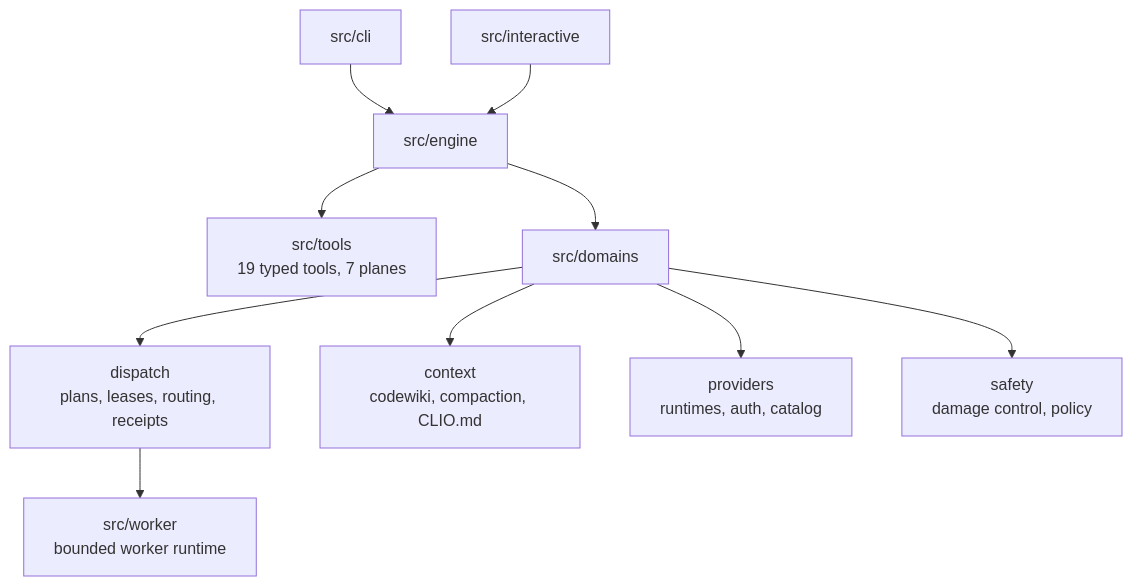
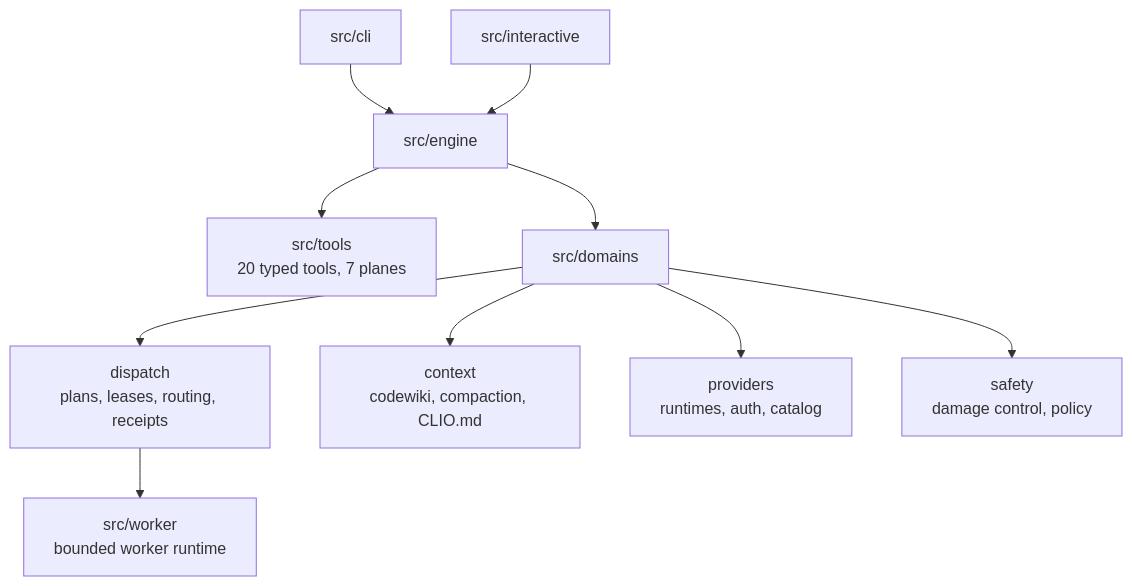
Before and after one commit to iowarp/clio-coder: the second of 2 diagrams in README.md, drawn with Mermaid. The commit also changed other lines of this file and 6 other files, not shown here.

````diff
--- a/README.md
+++ b/README.md
@@ -597,12 +606,12 @@
 ```mermaid
 flowchart TB
   CLI["src/cli"] --> ENG["src/engine"]
   TUI["src/interactive"] --> ENG
-  ENG --> TOOLS["src/tools<br/>19 typed tools, 7 planes"]
+  ENG --> TOOLS["src/tools<br/>20 typed tools, 7 planes"]
   ENG --> DOM["src/domains"]
   DOM --> DISP["dispatch<br/>plans, leases, routing, receipts"]
   DOM --> CTX["context<br/>codewiki, compaction, CLIO.md"]
   DOM --> PROV["providers<br/>runtimes, auth, catalog"]
   DOM --> SAFE["safety<br/>damage control, policy"]
   DISP --> WORK["src/worker<br/>bounded worker runtime"]
 ```
````
